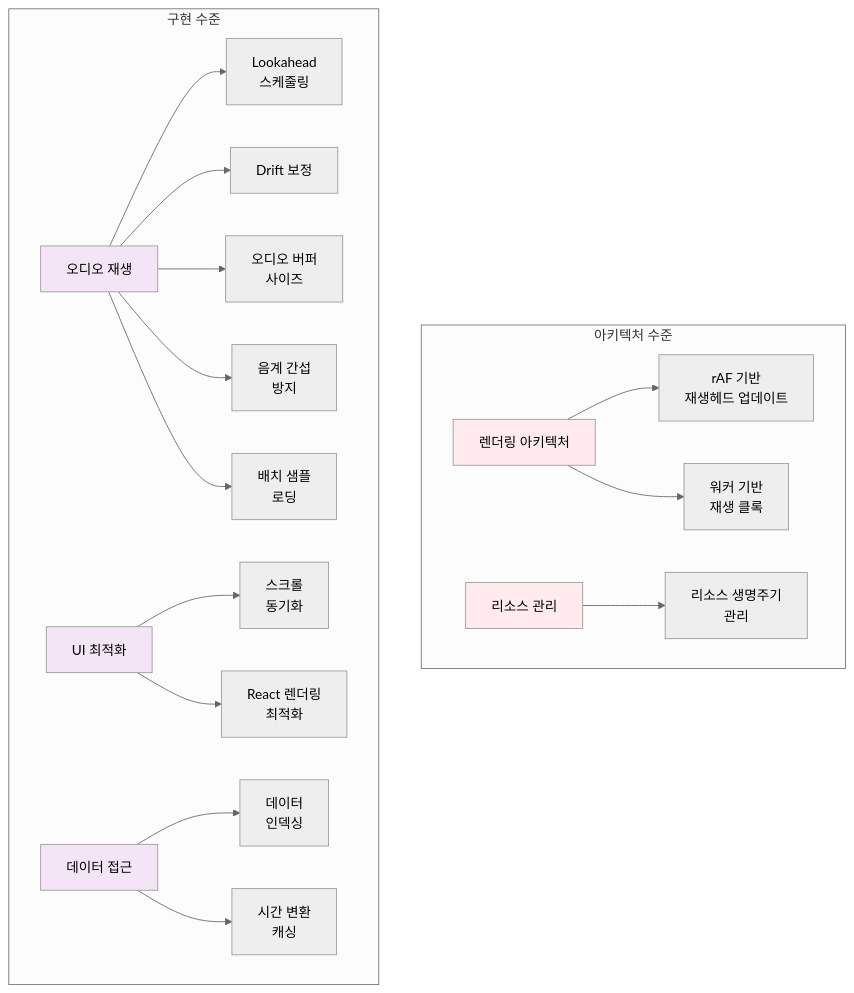
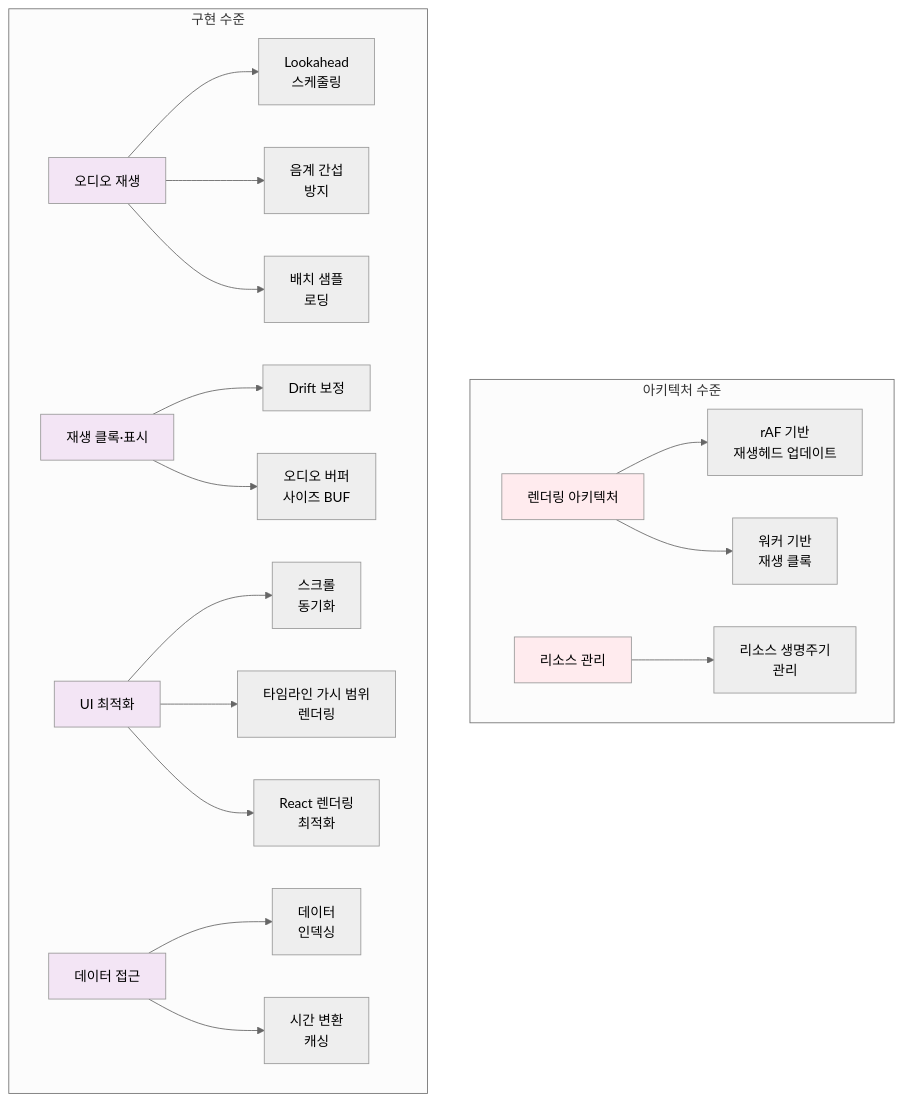
The second of 2 diagrams in docs/architecture/optimization-design/index.ko.md (JaceDashS/online-sequencer), drawn with Mermaid (neutral theme) before and after one commit. The commit also changed other lines of this file and 55 other files, not shown here.

````diff
--- a/docs/architecture/optimization-design/index.ko.md
+++ b/docs/architecture/optimization-design/index.ko.md
@@ -45,36 +45,40 @@
 ```mermaid
 graph TB
     subgraph "아키텍처 수준"
         A1[렌더링 아키텍처]
         A2[리소스 관리]
-        
+
         A1 --> A1a[rAF 기반<br/>재생헤드 업데이트]
         A1 --> A1b[워커 기반<br/>재생 클록]
-        
+
         A2 --> A2a[리소스 생명주기<br/>관리]
     end
-    
+
     subgraph "구현 수준"
         B1[오디오 재생]
+        B4[재생 클록·표시]
         B2[UI 최적화]
         B3[데이터 접근]
-        
+
         B1 --> B1a[Lookahead<br/>스케줄링]
-        B1 --> B1b[Drift 보정]
-        B1 --> B1c[오디오 버퍼<br/>사이즈]
         B1 --> B1d[음계 간섭<br/>방지]
         B1 --> B1e[배치 샘플<br/>로딩]
-        
+
+        B4 --> B4a[Drift 보정]
+        B4 --> B4b[오디오 버퍼<br/>사이즈 BUF]
+
         B2 --> B2a[스크롤<br/>동기화]
+        B2 --> B2c[타임라인 가시 범위<br/>렌더링]
         B2 --> B2b[React 렌더링<br/>최적화]
-        
+
         B3 --> B3a[데이터<br/>인덱싱]
         B3 --> B3b[시간 변환<br/>캐싱]
     end
-    
+
     style A1 fill:#ffebee
     style A2 fill:#ffebee
     style B1 fill:#f3e5f5
+    style B4 fill:#f3e5f5
     style B2 fill:#f3e5f5
     style B3 fill:#f3e5f5
 ```
````
